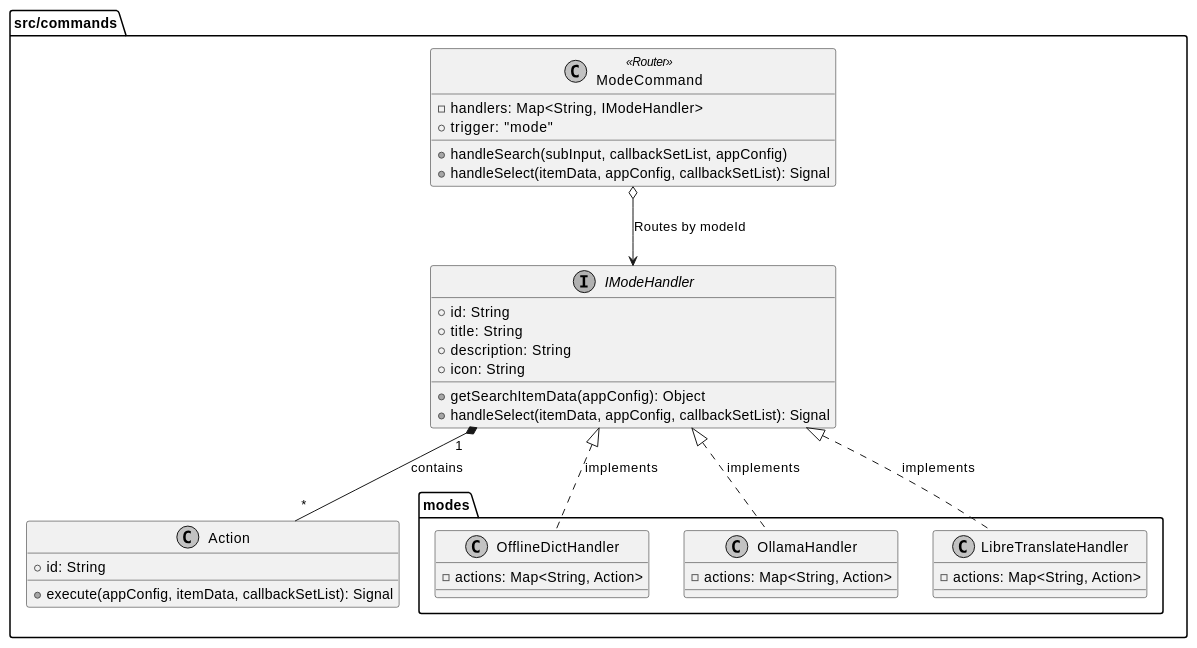
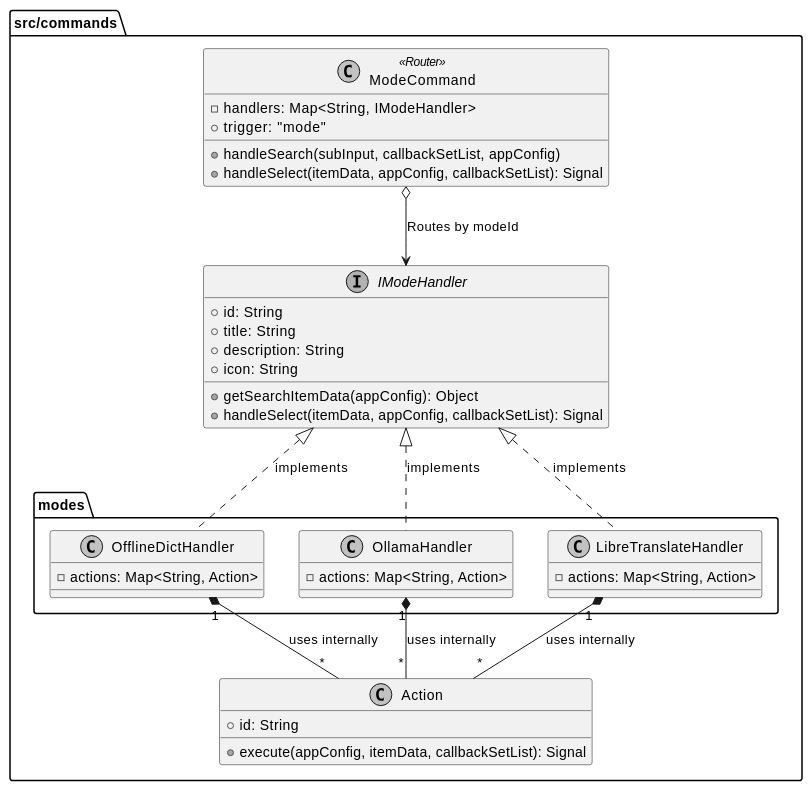
The first of 2 diagrams in doc/spec/spec-00044-mode-command-refactoring.md (zhougy0717/utools_local_translate), drawn with PlantUML before and after one commit.

Commit message:
docs(spec): correctly attribute Action composition to concrete handlers in spec-00044

````diff
--- a/doc/spec/spec-00044-mode-command-refactoring.md
+++ b/doc/spec/spec-00044-mode-command-refactoring.md
@@ -26,48 +26,52 @@
 ```plantuml
 @startuml
 skinparam handwritten false
 skinparam monochrome true
 skinparam DefaultFontName sans-serif
 
 package "src/commands" {
   class ModeCommand <<Router>> {
     - handlers: Map<String, IModeHandler>
     + trigger: "mode"
     + handleSearch(subInput, callbackSetList, appConfig)
     + handleSelect(itemData, appConfig, callbackSetList): Signal
   }
 
   interface IModeHandler {
     + id: String
     + title: String
     + description: String
     + icon: String
     + getSearchItemData(appConfig): Object
     + handleSelect(itemData, appConfig, callbackSetList): Signal
   }
 
   class Action {
     + id: String
     + execute(appConfig, itemData, callbackSetList): Signal
   }
 
   package "modes" {
     class OfflineDictHandler {
       - actions: Map<String, Action>
     }
     class OllamaHandler {
       - actions: Map<String, Action>
     }
     class LibreTranslateHandler {
       - actions: Map<String, Action>
     }
   }
 
-  IModeHandler "1" *-- "*" Action : contains
-  ModeCommand o--> IModeHandler : "Routes by modeId"
   IModeHandler <|.. OfflineDictHandler : implements
   IModeHandler <|.. OllamaHandler : implements
   IModeHandler <|.. LibreTranslateHandler : implements
+
+  OfflineDictHandler "1" *-- "*" Action : uses internally
+  OllamaHandler "1" *-- "*" Action : uses internally
+  LibreTranslateHandler "1" *-- "*" Action : uses internally
+
+  ModeCommand o--> IModeHandler : "Routes by modeId"
 }
 @enduml
 ```
````
